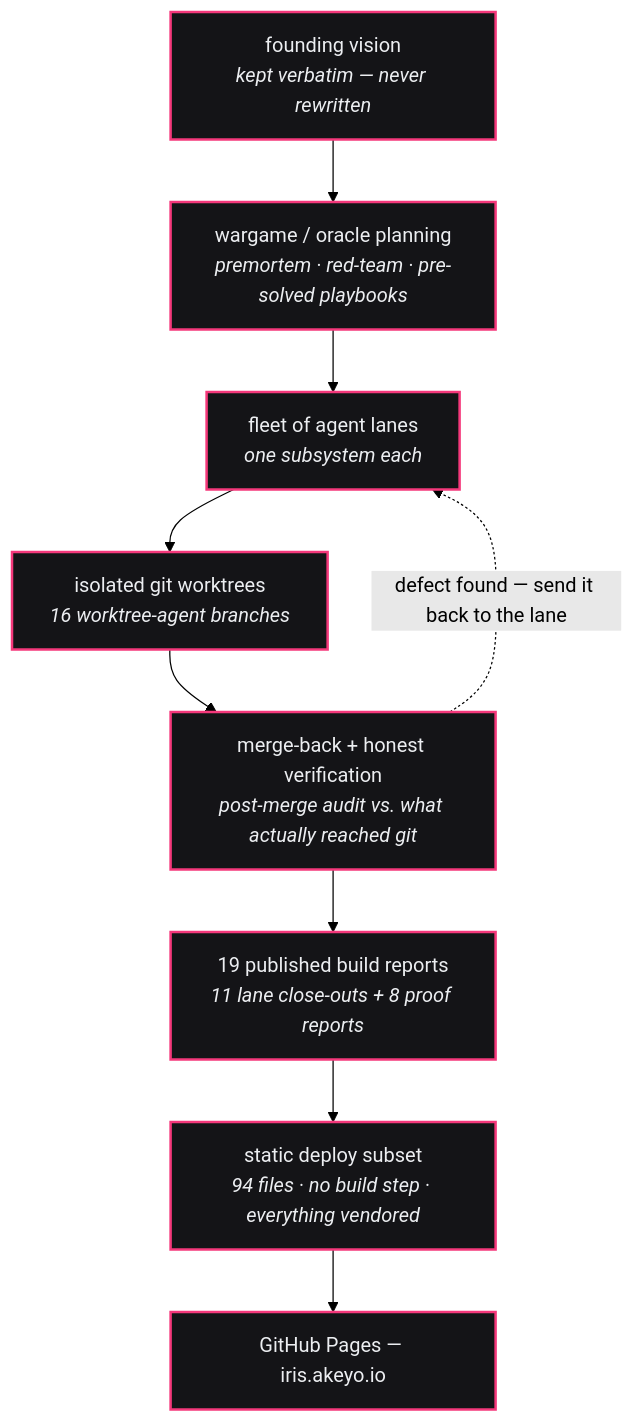
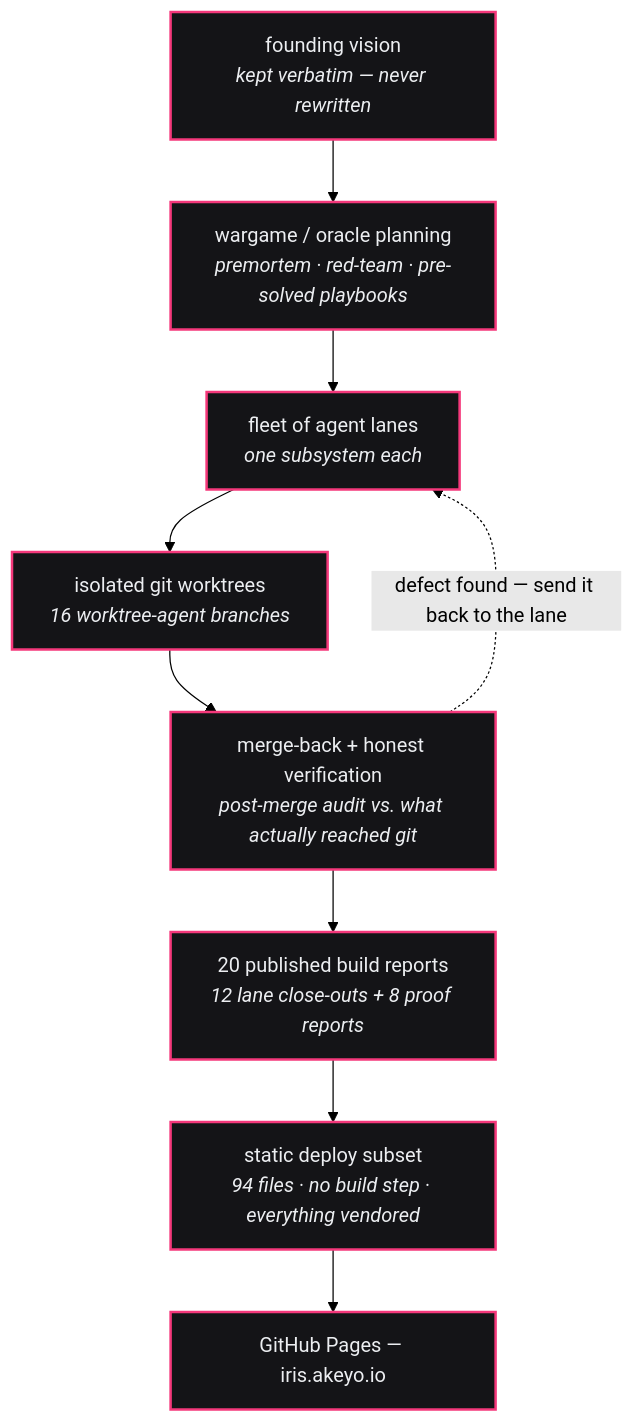
Before and after one commit to fire17/iris: the second of 2 diagrams in README.md, drawn with Mermaid (forest theme). The commit also changed other lines of this file, not shown here.

````diff
--- a/README.md
+++ b/README.md
@@ -231,17 +231,17 @@
 ```mermaid
 flowchart TD
   V["founding vision<br/><i>kept verbatim — never rewritten</i>"]
   W["wargame / oracle planning<br/><i>premortem · red-team · pre-solved playbooks</i>"]
   F["fleet of agent lanes<br/><i>one subsystem each</i>"]
   WT["isolated git worktrees<br/><i>16 worktree-agent branches</i>"]
   M["merge-back + honest verification<br/><i>post-merge audit vs. what actually reached git</i>"]
-  R["19 published build reports<br/><i>11 lane close-outs + 8 proof reports</i>"]
+  R["20 published build reports<br/><i>12 lane close-outs + 8 proof reports</i>"]
   D["static deploy subset<br/><i>94 files · no build step · everything vendored</i>"]
   P["GitHub Pages — iris.akeyo.io"]
 
   V --> W --> F --> WT --> M --> R --> D --> P
   M -.->|"defect found — send it back to the lane"| F
 
   classDef live fill:#141417,stroke:#f5387b,stroke-width:2px,color:#eceef1;
   class V,W,F,WT,M,R,D,P live;
 ```
````
